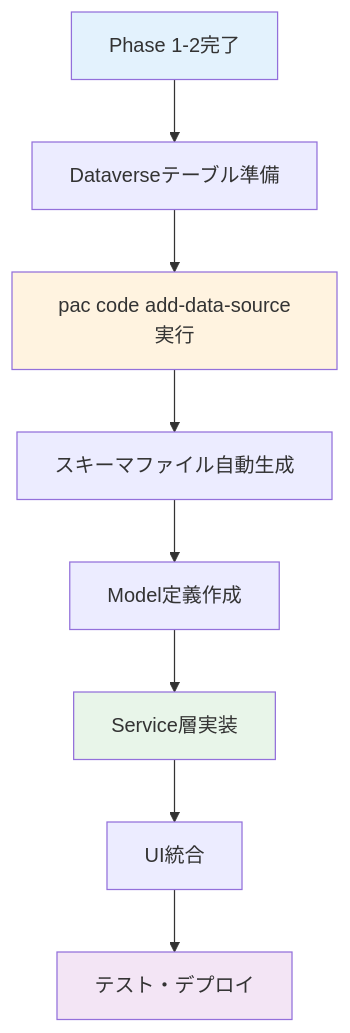
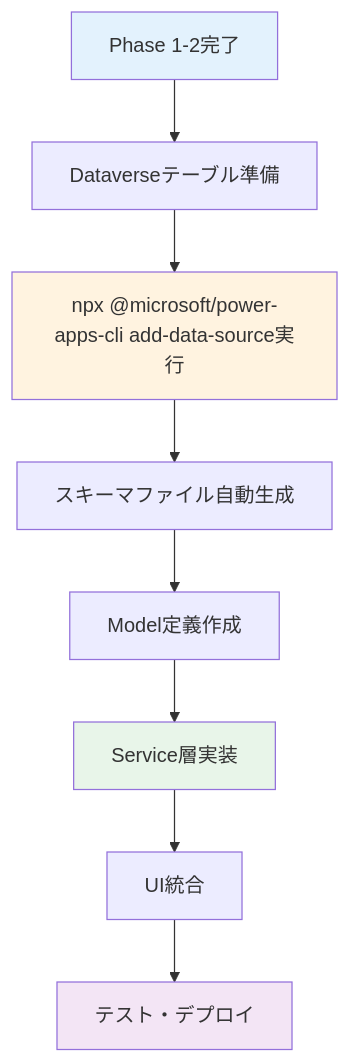
Before and after one commit to PLUG365/DecisionFlow: the diagram in docs/DATAVERSE_CONNECTION_GUIDE.md, drawn with Mermaid. The commit also changed other lines of this file and 12 other files, not shown here.

First line of the commit message:
docs: replace pac CLI with @microsoft/power-apps-cli npm package

````diff
--- a/docs/DATAVERSE_CONNECTION_GUIDE.md
+++ b/docs/DATAVERSE_CONNECTION_GUIDE.md
@@ -61,15 +61,15 @@
 ```mermaid
 graph TB
     A[Phase 1-2完了] --> B[Dataverseテーブル準備]
-    B --> C[pac code add-data-source実行]
+    B --> C[npx @microsoft/power-apps-cli add-data-source実行]
     C --> D[スキーマファイル自動生成]
     D --> E[Model定義作成]
     E --> F[Service層実装]
     F --> G[UI統合]
     G --> H[テスト・デプロイ]
     
     style A fill:#e3f2fd
     style C fill:#fff3e0
     style F fill:#e8f5e9
     style H fill:#f3e5f5
 ```
````
